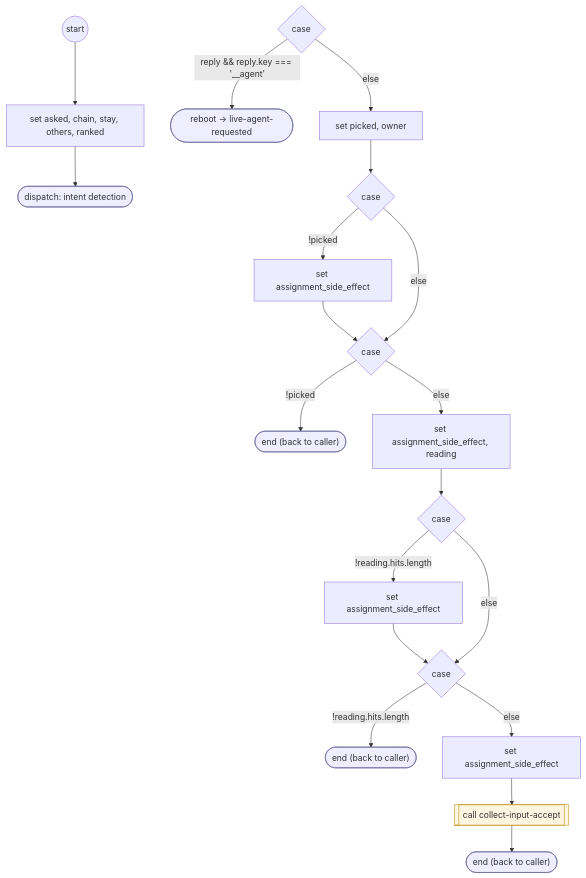
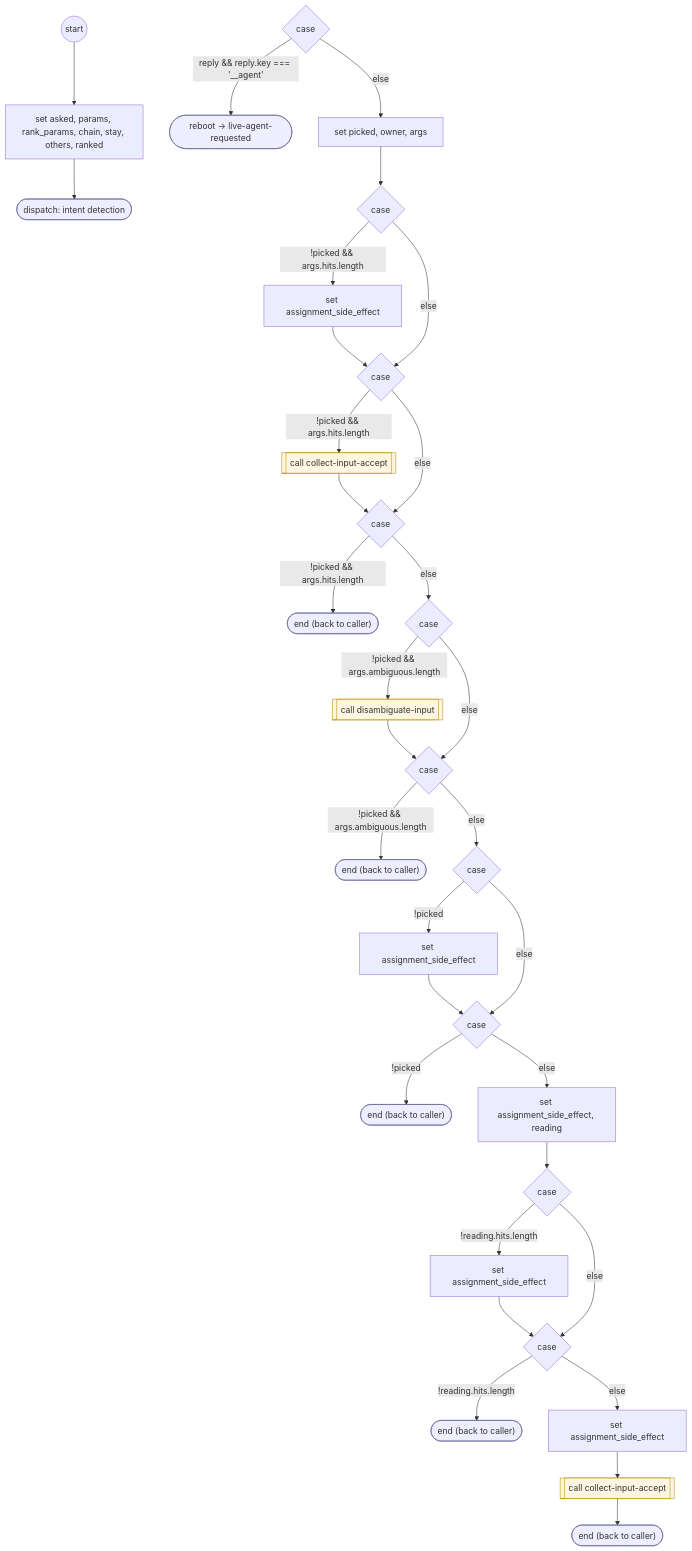
The diagram in docs/flows/system/read-form-choice.md (ronpinkas/jsfe), drawn with Mermaid before and after one commit. The commit also changed other lines of this file and 5 other files, not shown here.

````diff
--- a/docs/flows/system/read-form-choice.md
+++ b/docs/flows/system/read-form-choice.md
@@ -21,49 +21,76 @@
 ```mermaid
 flowchart TD
    START(("start"))
-   n0["set asked, chain, stay, others, ranked"]
+   n0["set asked, params, rank_params, chain, stay, others, ranked"]
    START --> n0
    n1(["dispatch: intent detection"])
    class n1 endstep
    n0 --> n1
    c2{"case"}
    b3(["reboot → live-agent-requested"])
    class b3 endstep
    c2 -- "reply && reply.key === '__agent'" --> b3
-   n4["set picked, owner"]
+   n4["set picked, owner, args"]
    c2 -- "else" --> n4
    c5{"case"}
    n4 --> c5
    b6["set assignment_side_effect"]
-   c5 -- "!picked" --> b6
+   c5 -- "!picked && args.hits.length" --> b6
    c7{"case"}
    b6 --> c7
    c5 -- "else" --> c7
-   b8(["end (back to caller)"])
-   class b8 endstep
-   c7 -- "!picked" --> b8
-   n9["set assignment_side_effect, reading"]
-   c7 -- "else" --> n9
-   c10{"case"}
-   n9 --> c10
-   b11["set assignment_side_effect"]
-   c10 -- "!reading.hits.length" --> b11
-   c12{"case"}
-   b11 --> c12
-   c10 -- "else" --> c12
-   b13(["end (back to caller)"])
-   class b13 endstep
-   c12 -- "!reading.hits.length" --> b13
-   n14["set assignment_side_effect"]
-   c12 -- "else" --> n14
-   n15[["call collect-input-accept"]]
-   class n15 flowstep
-   n14 --> n15
+   b8[["call collect-input-accept"]]
+   class b8 flowstep
+   c7 -- "!picked && args.hits.length" --> b8
+   c9{"case"}
+   b8 --> c9
+   c7 -- "else" --> c9
+   b10(["end (back to caller)"])
+   class b10 endstep
+   c9 -- "!picked && args.hits.length" --> b10
+   c11{"case"}
+   c9 -- "else" --> c11
+   b12[["call disambiguate-input"]]
+   class b12 flowstep
+   c11 -- "!picked && args.ambiguous.length" --> b12
+   c13{"case"}
+   b12 --> c13
+   c11 -- "else" --> c13
+   b14(["end (back to caller)"])
+   class b14 endstep
+   c13 -- "!picked && args.ambiguous.length" --> b14
+   c15{"case"}
+   c13 -- "else" --> c15
+   b16["set assignment_side_effect"]
+   c15 -- "!picked" --> b16
+   c17{"case"}
+   b16 --> c17
+   c15 -- "else" --> c17
+   b18(["end (back to caller)"])
+   class b18 endstep
+   c17 -- "!picked" --> b18
+   n19["set assignment_side_effect, reading"]
+   c17 -- "else" --> n19
+   c20{"case"}
+   n19 --> c20
+   b21["set assignment_side_effect"]
+   c20 -- "!reading.hits.length" --> b21
+   c22{"case"}
+   b21 --> c22
+   c20 -- "else" --> c22
+   b23(["end (back to caller)"])
+   class b23 endstep
+   c22 -- "!reading.hits.length" --> b23
+   n24["set assignment_side_effect"]
+   c22 -- "else" --> n24
+   n25[["call collect-input-accept"]]
+   class n25 flowstep
+   n24 --> n25
    DONE(["end (back to caller)"])
    class DONE endstep
-   n15 --> DONE
+   n25 --> DONE
    classDef endstep fill:#eef,stroke:#669
    classDef toolstep fill:#efe,stroke:#696
    classDef flowstep fill:#fef6e0,stroke:#b80
    classDef inputstep fill:#f3eefc,stroke:#75a
 ```
````
